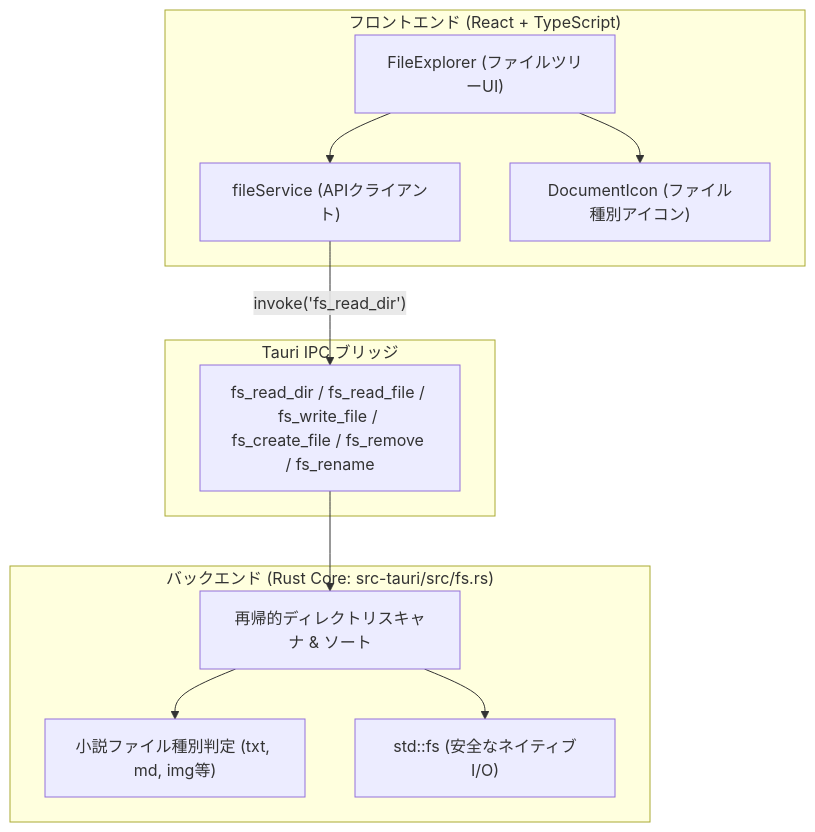
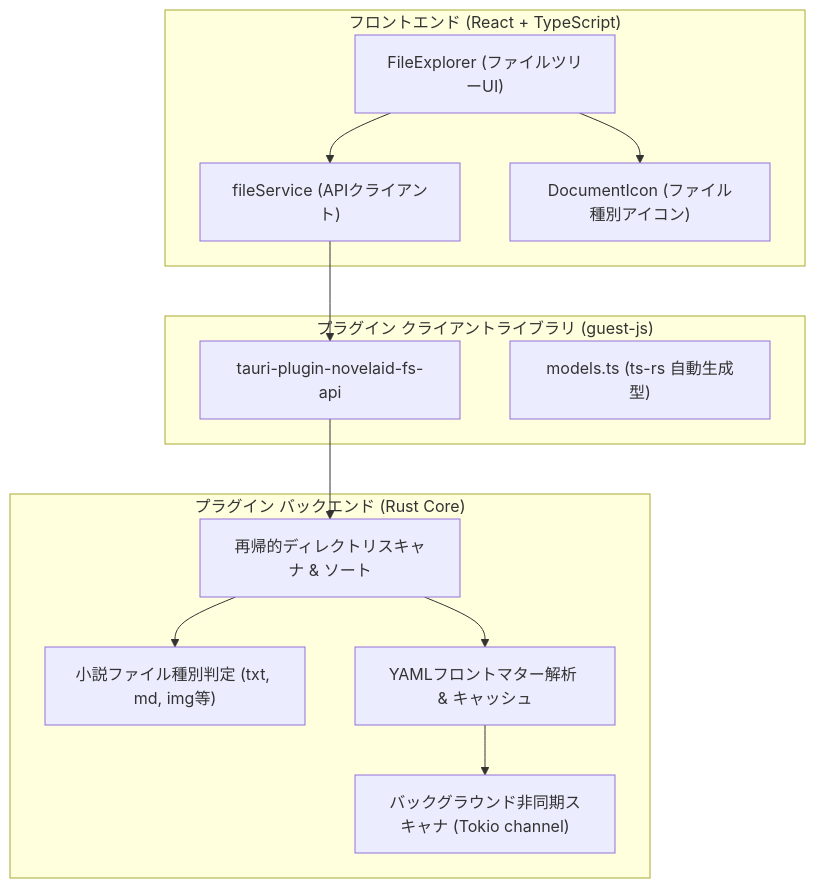
The diagram in docs/dev/ファイル操作基盤およびエクスプローラー仕様.md (mituha/novelaide), drawn with Mermaid before and after one commit. The commit also changed other lines of this file and 45 other files, not shown here.

Commit message:
feat: tauri-plugin-novelaid-fs へのファイル処理分離と ts-rs による型定義自動生成の導入 (v0.5.0)

````diff
--- a/docs/dev/ファイル操作基盤およびエクスプローラー仕様.md
+++ b/docs/dev/ファイル操作基盤およびエクスプローラー仕様.md
@@ -11,25 +13,28 @@
 ```mermaid
 graph TD
     subgraph Frontend["フロントエンド (React + TypeScript)"]
         UI["FileExplorer (ファイルツリーUI)"]
         Service["fileService (APIクライアント)"]
         Icon["DocumentIcon (ファイル種別アイコン)"]
     end
 
-    subgraph IPC["Tauri IPC ブリッジ"]
-        Commands["fs_read_dir / fs_read_file / fs_write_file / fs_create_file / fs_remove / fs_rename"]
+    subgraph PluginGuest["プラグイン クライアントライブラリ (guest-js)"]
+        GuestAPI["tauri-plugin-novelaid-fs-api"]
+        Models["models.ts (ts-rs 自動生成型)"]
     end
 
-    subgraph Backend["バックエンド (Rust Core: src-tauri/src/fs.rs)"]
+    subgraph PluginRust["プラグイン バックエンド (Rust Core)"]
         Scanner["再帰的ディレクトリスキャナ & ソート"]
         TypeDetector["小説ファイル種別判定 (txt, md, img等)"]
-        FSNative["std::fs (安全なネイティブI/O)"]
+        Frontmatter["YAMLフロントマター解析 & キャッシュ"]
+        Worker["バックグラウンド非同期スキャナ (Tokio channel)"]
     end
 
     UI --> Service
     UI --> Icon
-    Service -->|"invoke('fs_read_dir')"| Commands
-    Commands --> Scanner
+    Service --> GuestAPI
+    GuestAPI --> Scanner
     Scanner --> TypeDetector
-    Scanner --> FSNative
+    Scanner --> Frontmatter
+    Frontmatter --> Worker
 ```
````
